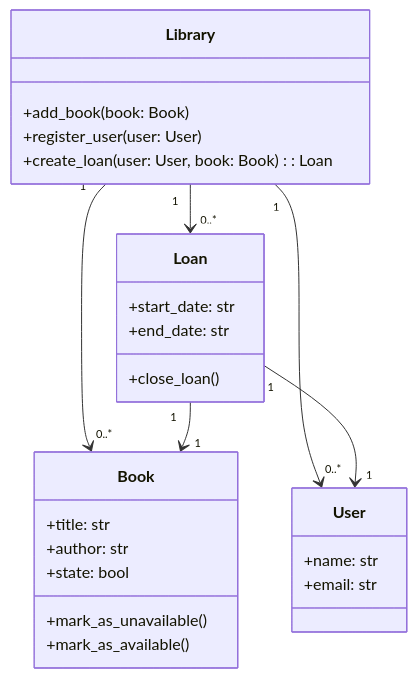
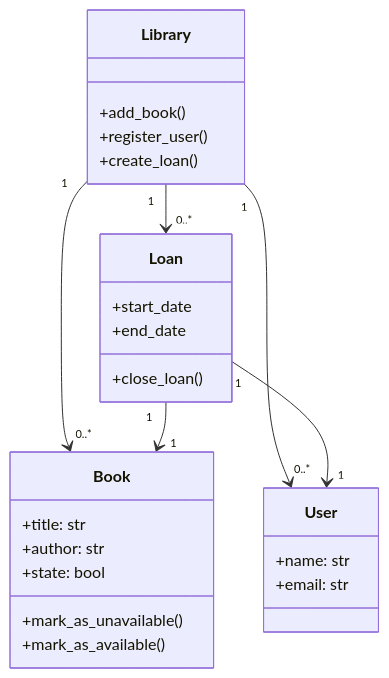
Before and after one commit to 14835-create/holbertonschool-sw_design_architecture: the diagram in uml_intro/0-class_diagram.mmd, drawn with Mermaid.

```diff
--- a/uml_intro/0-class_diagram.mmd
+++ b/uml_intro/0-class_diagram.mmd
@@ -1,31 +1,31 @@
 classDiagram
     class Library {
-        +add_book(book: Book)
-        +register_user(user: User)
-        +create_loan(user: User, book: Book) : Loan
+        +add_book()
+        +register_user()
+        +create_loan()
     }
 
     class Book {
         +title: str
         +author: str
         +state: bool
         +mark_as_unavailable()
         +mark_as_available()
     }
 
     class User {
         +name: str
         +email: str
     }
 
     class Loan {
-        +start_date: str
-        +end_date: str
+        +start_date
+        +end_date
         +close_loan()
     }
 
     Library "1" --> "0..*" Book
     Library "1" --> "0..*" User
     Library "1" --> "0..*" Loan
     Loan "1" --> "1" Book
     Loan "1" --> "1" User
```
